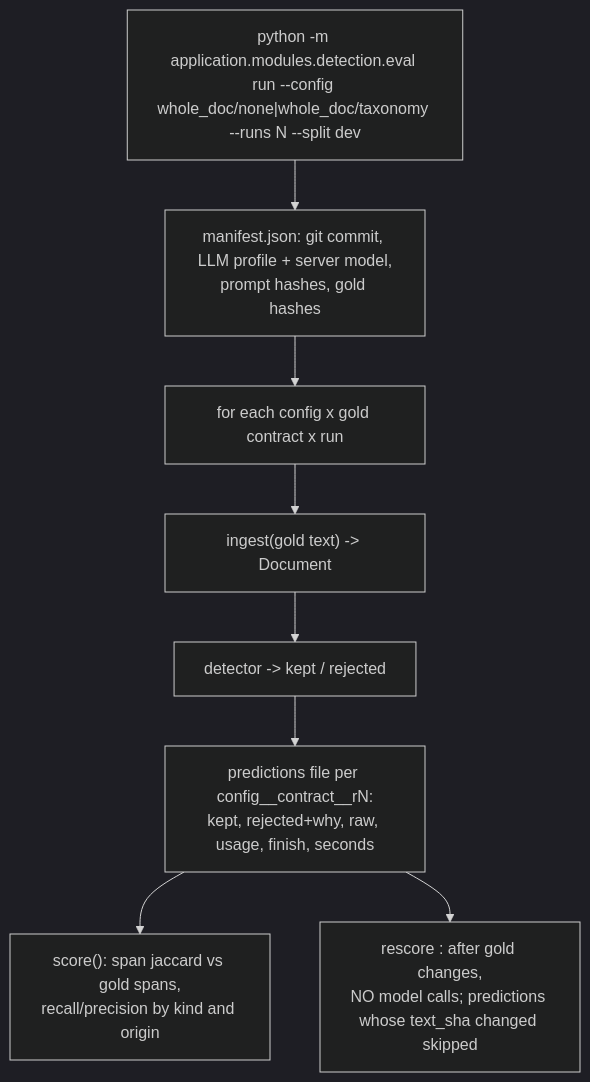
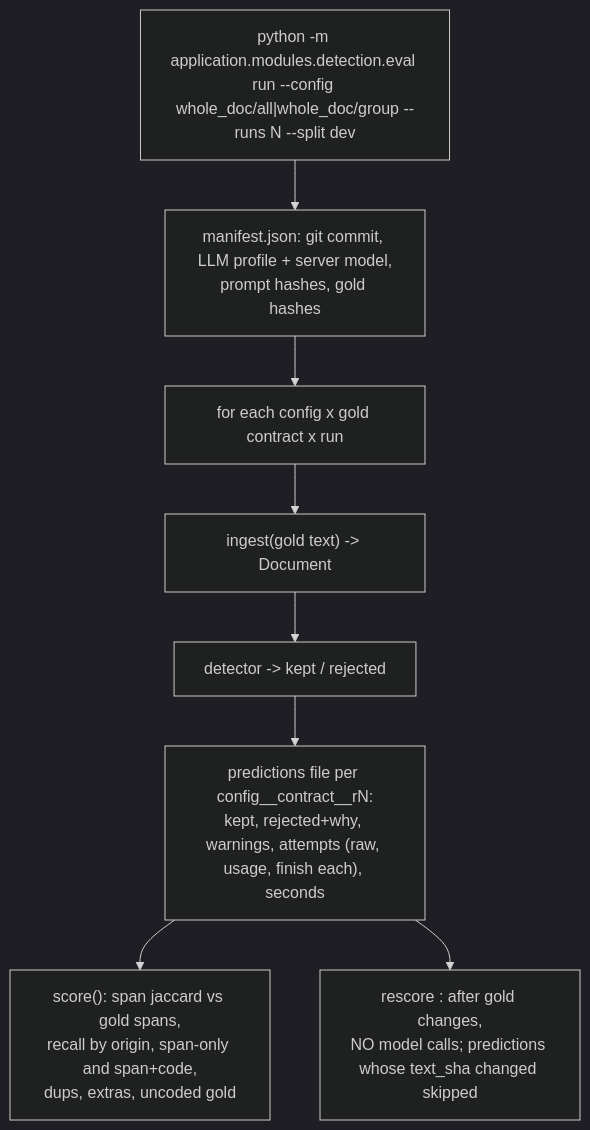
Before and after one commit to hoanglax/ContractRiskAnalyzer: the diagram in docs/diagrams/m3_eval.mmd, drawn with Mermaid (dark theme). The commit also changed 7 other files, not shown here.

Commit message:
docs: M3 diagrams match the code (closed-set gate, retries, code-aware scoring)

```diff
--- a/docs/diagrams/m3_eval.mmd
+++ b/docs/diagrams/m3_eval.mmd
@@ -1,9 +1,9 @@
 graph TB
-    CLI["python -m application.modules.detection.eval run --config whole_doc/none|whole_doc/taxonomy --runs N --split dev"]
+    CLI["python -m application.modules.detection.eval run --config whole_doc/all|whole_doc/group --runs N --split dev"]
     CLI --> MAN["manifest.json: git commit, LLM profile + server model,<br/>prompt hashes, gold hashes"]
     MAN --> LOOP["for each config x gold contract x run"]
     LOOP --> ING["ingest(gold text) -> Document"]
     ING --> DET["detector -> kept / rejected"]
-    DET --> PRED["predictions file per config__contract__rN:<br/>kept, rejected+why, raw, usage, finish, seconds"]
-    PRED --> SC["score(): span jaccard vs gold spans,<br/>recall/precision by kind and origin"]
+    DET --> PRED["predictions file per config__contract__rN:<br/>kept, rejected+why, warnings, attempts (raw, usage, finish each), seconds"]
+    PRED --> SC["score(): span jaccard vs gold spans,<br/>recall by origin, span-only and span+code,<br/>dups, extras, uncoded gold"]
     PRED --> RES["rescore <run dir>: after gold changes,<br/>NO model calls; predictions whose text_sha changed skipped"]
```
